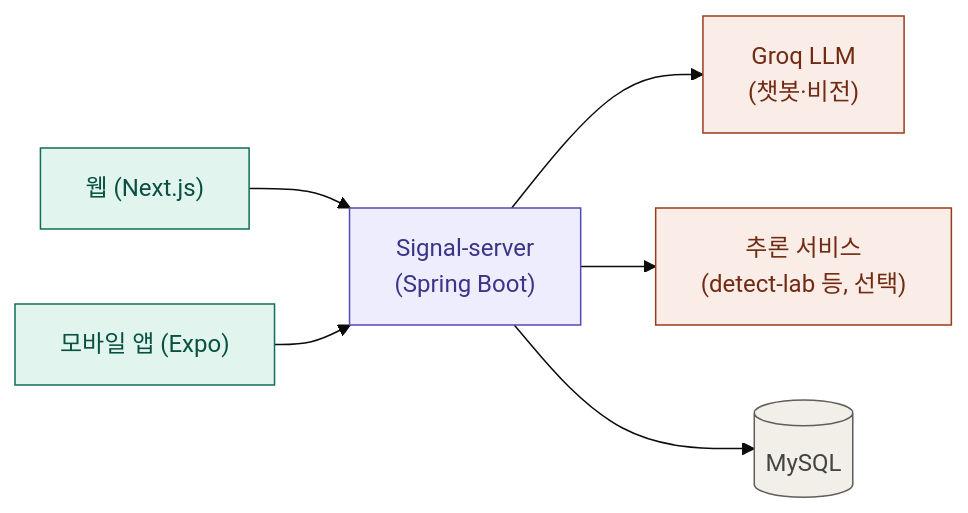
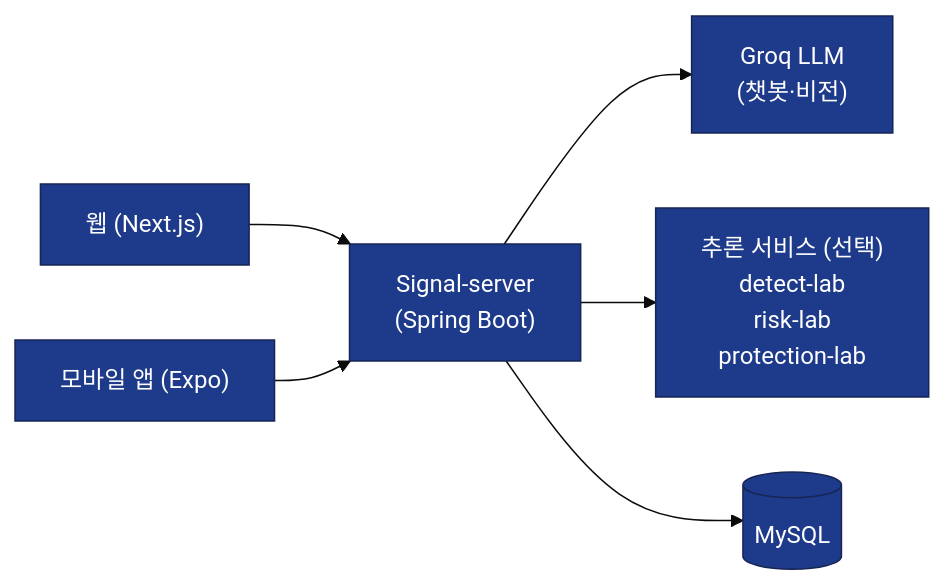
Before and after one commit to somaus/Signal-web: the diagram in README.md, drawn with Mermaid (base theme).

Commit message:
docs: README 아키텍처 박스를 남색으로 통일

````diff
--- a/README.md
+++ b/README.md
@@ -79,17 +79,11 @@
 ```mermaid
 flowchart LR
     Web["웹 (Next.js)"] --> Server
     App["모바일 앱 (Expo)"] --> Server
     Server["Signal-server<br/>(Spring Boot)"] --> LLM["Groq LLM<br/>(챗봇·비전)"]
-    Server --> Lab["추론 서비스<br/>(detect-lab 등, 선택)"]
+    Server --> Lab["추론 서비스 (선택)<br/>detect-lab<br/>risk-lab<br/>protection-lab"]
     Server --> DB[("MySQL")]
 
-    classDef client fill:#E1F5EE,stroke:#0F6E56,color:#085041
-    classDef server fill:#EEEDFE,stroke:#534AB7,color:#3C3489
-    classDef ai fill:#FAECE7,stroke:#993C1D,color:#712B13
-    classDef store fill:#F1EFE8,stroke:#5F5E5A,color:#444441
-    class Web,App client
-    class Server server
-    class LLM,Lab ai
-    class DB store
+    classDef navy fill:#1E3A8A,stroke:#172554,color:#FFFFFF
+    class Web,App,Server,LLM,Lab,DB navy
 ```
````
